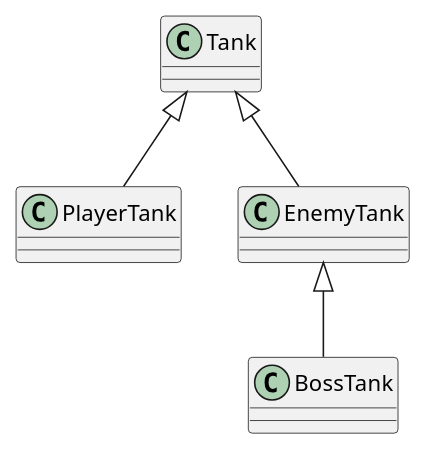
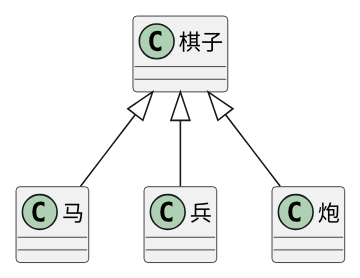
The diagram in TypeScriptNote.md (lmyyds/note), drawn with PlantUML before and after one commit. The commit also changed other lines of this file, not shown here.

````diff
--- a/TypeScriptNote.md
+++ b/TypeScriptNote.md
@@ -1306,9 +1522,9 @@
-```puml
+``` puml
 @startuml
 
-Tank <|-- PlayerTank
-Tank <|-- EnemyTank
-EnemyTank <|-- BossTank
+棋子 <|-- 马
+棋子 <|-- 兵
+棋子 <|-- 炮
 
 @enduml
 ```
````
